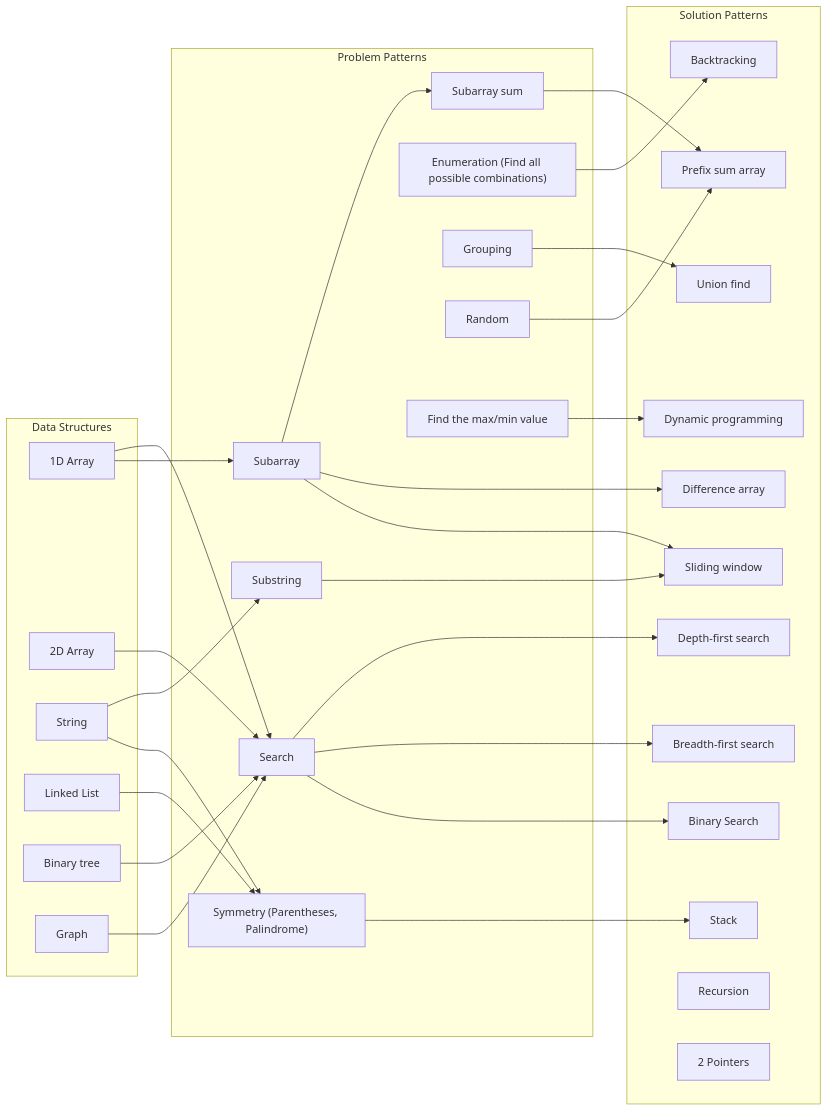
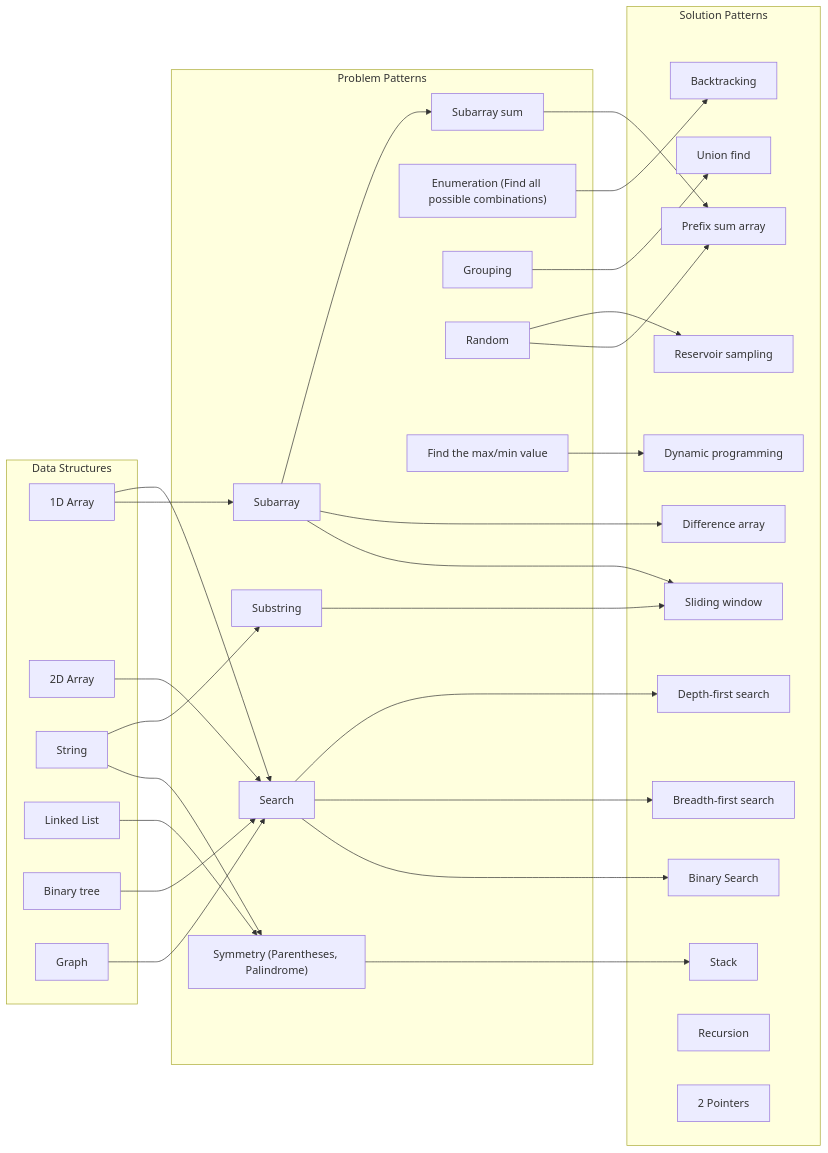
One commit to wuyichen24/coding-interview changed the diagram in README.md. Above: the diagram before and after it, drawn with Mermaid.

````diff
--- a/README.md
+++ b/README.md
@@ -103,65 +103,67 @@
 ```mermaid
 flowchart LR
    %% data structure --> problem
    1DA-->SA
    1DA-->SC
    2DA-->SC
    ST-->SY
    LL-->SY
    BIT-->SC
    GP-->SC
    ST-->SS
    
    %% problem --> solution
    SAS-->PSA
    SY-->SK
    EN-->BT
    GPG-->UF
    RD-->PSA
+   RD-->RS
    FMM-->DP
    SC-->BS
    SC-->BFS
    SC-->DFS
    SS-->SW
    SA-->SW
    SA-->DA
 
    %% problem internal
    SA-->SAS
 
    subgraph datastructureSG ["Data Structures"]
       1DA["1D Array"]
       2DA["2D Array"]
       LL["Linked List"]
       ST["String"]
       BIT["Binary tree"]
       GP["Graph"]
    end
 
    subgraph problemSG ["Problem Patterns"]
       SA["Subarray"]
       SAS["Subarray sum"]
       SS["Substring"]
       SY["Symmetry (Parentheses, Palindrome)"]
       EN["Enumeration (Find all possible combinations)"]
       SC["Search"]
       GPG["Grouping"]
       RD["Random"]
       FMM["Find the max/min value"]
    end
 
    subgraph solutionSG [Solution Patterns]
       PSA["Prefix sum array"]
       DA["Difference array"]
       RC["Recursion"]
       2P["2 Pointers"]
       SK["Stack"]
       BT["Backtracking"]
       BS["Binary Search"]
       BFS["Breadth-first search"]
       DFS["Depth-first search"]
       UF["Union find"]
       DP["Dynamic programming"]
       SW["Sliding window"]
+      RS["Reservoir sampling"]
    end
 ```
````
